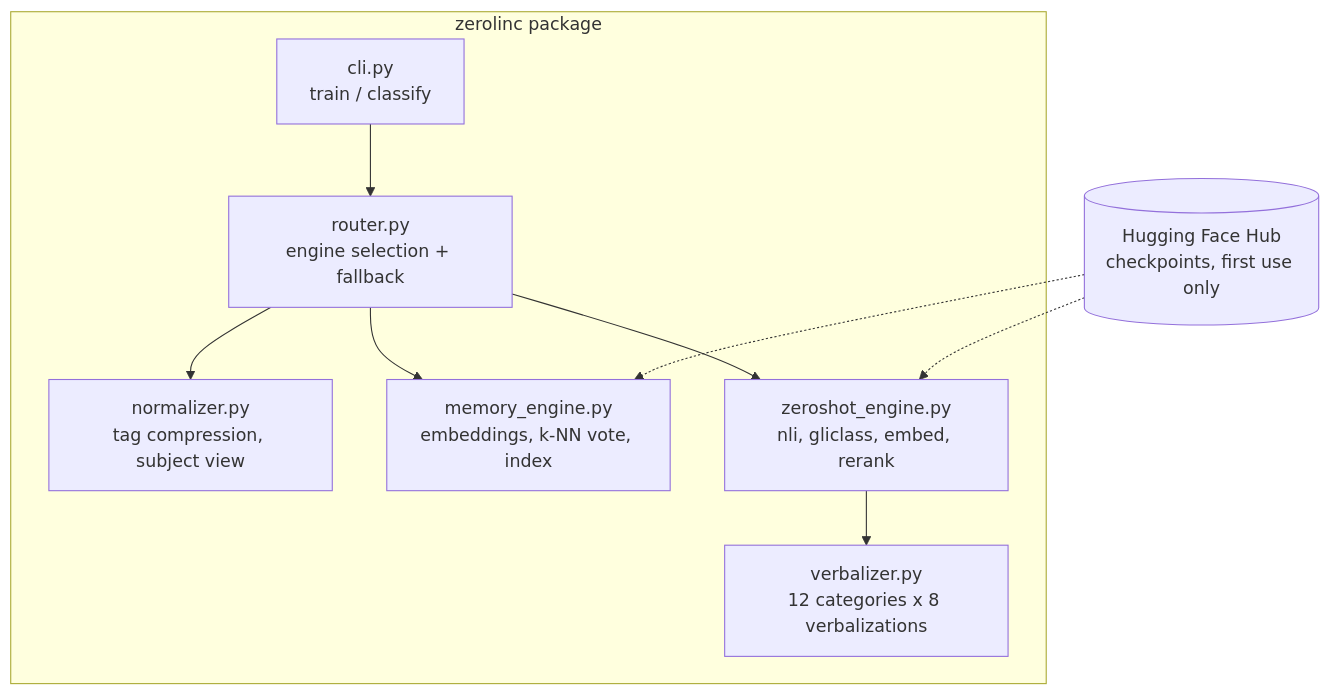
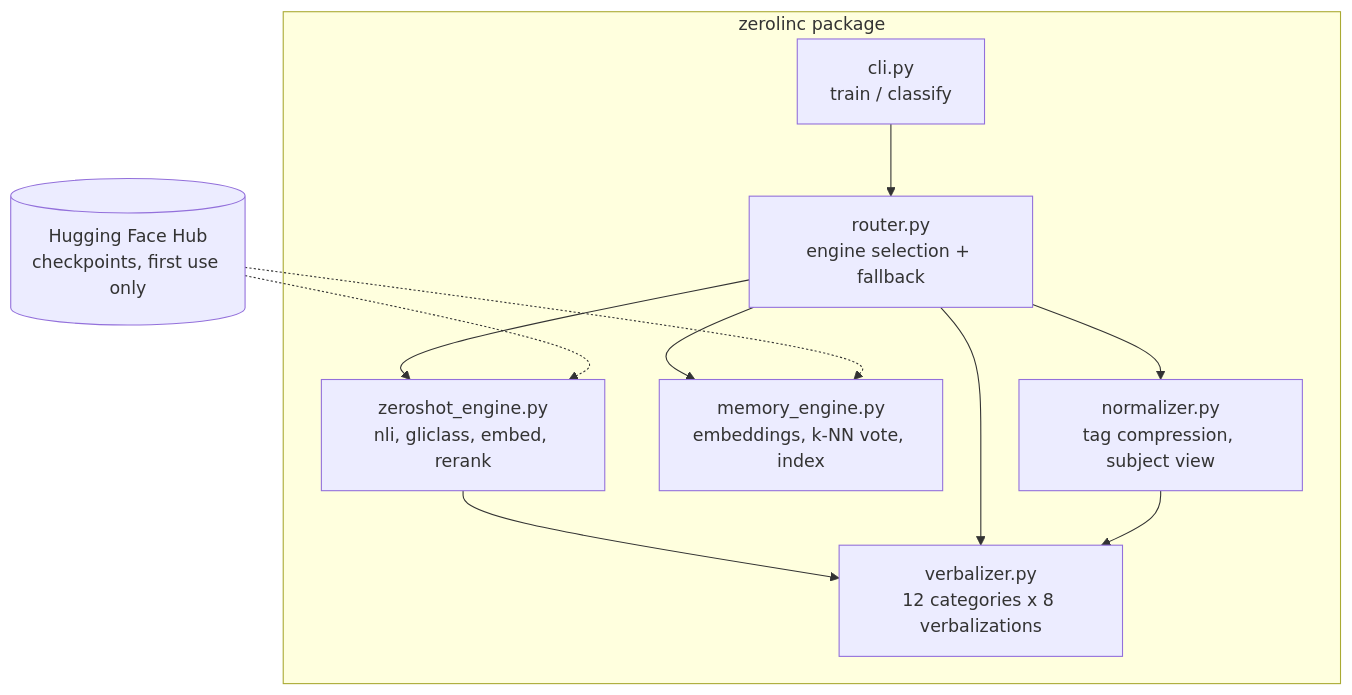
One commit to CristhianKapelinski/zerolinc changed the second of 3 diagrams in docs/architecture.md. Above: the diagram before and after it, drawn with Mermaid. The commit also changed other lines of this file and 6 other files, not shown here.

Commit message:
Audit fixes: vote public, CLI defaults from router constants, verbalizer in diagrams, README corpus availability and train clarification

````diff
--- a/docs/architecture.md
+++ b/docs/architecture.md
@@ -21,12 +22,14 @@
 ```mermaid
 flowchart TB
     subgraph pkg["zerolinc package"]
         CLI["cli.py<br/>train / classify"] --> RT["router.py<br/>engine selection + fallback"]
         RT --> NM["normalizer.py<br/>tag compression, subject view"]
         RT --> ME["memory_engine.py<br/>embeddings, k-NN vote, index"]
         RT --> ZE["zeroshot_engine.py<br/>nli, gliclass, embed, rerank"]
         ZE --> VB["verbalizer.py<br/>12 categories x 8 verbalizations"]
+        RT --> VB
+        NM --> VB
     end
     HF[("Hugging Face Hub<br/>checkpoints, first use only")] -.-> ME
     HF -.-> ZE
 ```
````
